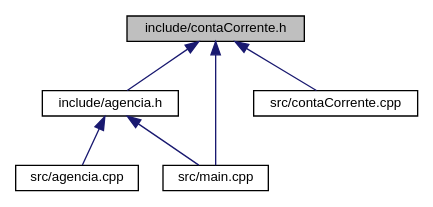
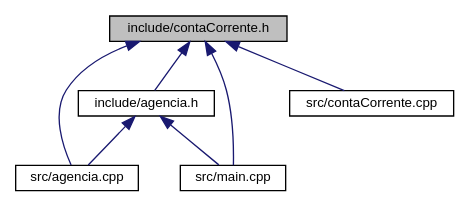
The diagram in questao3/doc/contaCorrente_8h__dep__incl.dot (claudiocsjunior/laboratorio3), drawn with Graphviz before and after one commit. The commit also changed 62 other files, not shown here.

```diff
--- a/questao3/doc/contaCorrente_8h__dep__incl.dot
+++ b/questao3/doc/contaCorrente_8h__dep__incl.dot
@@ -1,15 +1,16 @@
 digraph "include/contaCorrente.h"
 {
   edge [fontname="Helvetica",fontsize="10",labelfontname="Helvetica",labelfontsize="10"];
   node [fontname="Helvetica",fontsize="10",shape=record];
   Node1 [label="include/contaCorrente.h",height=0.2,width=0.4,color="black", fillcolor="grey75", style="filled", fontcolor="black"];
   Node1 -> Node2 [dir="back",color="midnightblue",fontsize="10",style="solid",fontname="Helvetica"];
   Node2 [label="include/agencia.h",height=0.2,width=0.4,color="black", fillcolor="white", style="filled",URL="$agencia_8h.html",tooltip="Classe responsável por gerênciar todas as contas. "];
   Node2 -> Node3 [dir="back",color="midnightblue",fontsize="10",style="solid",fontname="Helvetica"];
   Node3 [label="src/agencia.cpp",height=0.2,width=0.4,color="black", fillcolor="white", style="filled",URL="$agencia_8cpp.html",tooltip="Responsável por gerênciar todas as contas. "];
   Node2 -> Node4 [dir="back",color="midnightblue",fontsize="10",style="solid",fontname="Helvetica"];
   Node4 [label="src/main.cpp",height=0.2,width=0.4,color="black", fillcolor="white", style="filled",URL="$main_8cpp.html",tooltip="Arquivo inicial. "];
+  Node1 -> Node3 [dir="back",color="midnightblue",fontsize="10",style="solid",fontname="Helvetica"];
   Node1 -> Node5 [dir="back",color="midnightblue",fontsize="10",style="solid",fontname="Helvetica"];
   Node5 [label="src/contaCorrente.cpp",height=0.2,width=0.4,color="black", fillcolor="white", style="filled",URL="$contaCorrente_8cpp.html",tooltip="Responsável por gerênciar as contas correntes. "];
   Node1 -> Node4 [dir="back",color="midnightblue",fontsize="10",style="solid",fontname="Helvetica"];
 }
```
